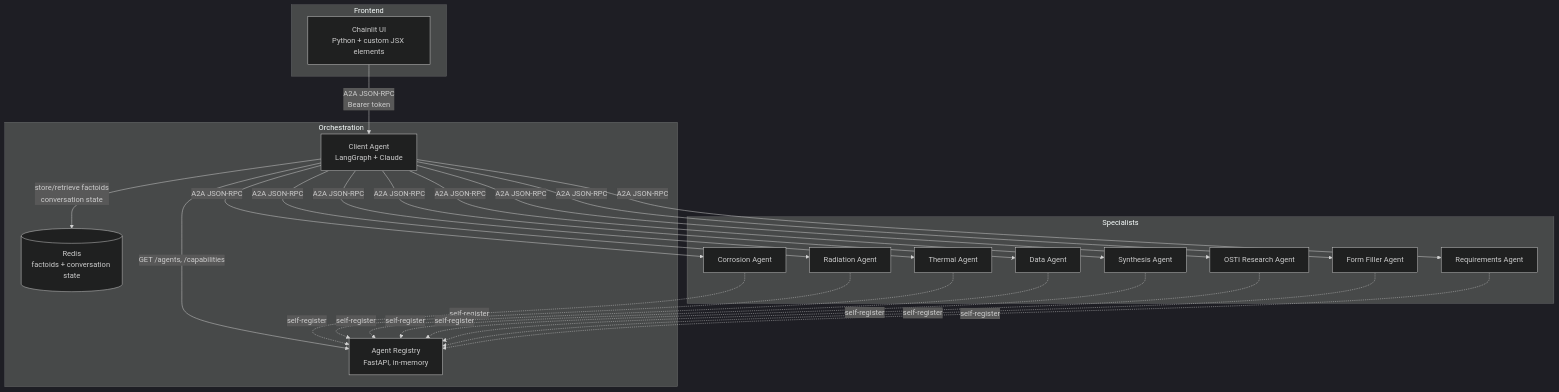
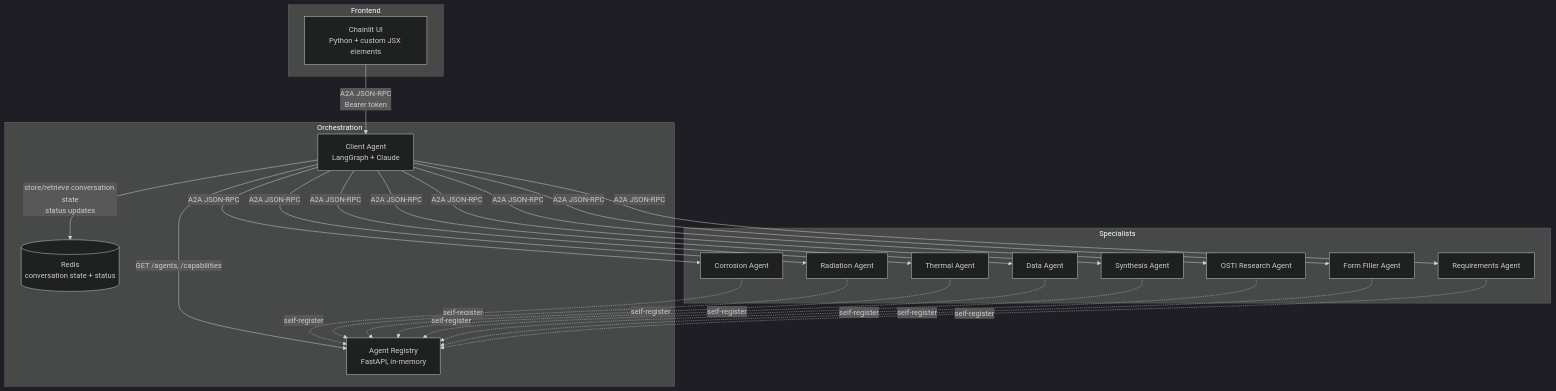
The first of 2 diagrams in docs/architecture.md (Jimmy-INL/prometheus_core), drawn with Mermaid (dark theme) before and after one commit. The commit also changed other lines of this file and 15 other files, not shown here.

````diff
--- a/docs/architecture.md
+++ b/docs/architecture.md
@@ -9,44 +9,44 @@
 ```mermaid
 graph TD
   subgraph Frontend
     CL[Chainlit UI<br/>Python + custom JSX elements]
   end
 
   subgraph Orchestration
     CA[Client Agent<br/>LangGraph + Claude]
     REG[Agent Registry<br/>FastAPI, in-memory]
-    RED[(Redis<br/>factoids + conversation state)]
+    RED[(Redis<br/>conversation state + status)]
   end
 
   subgraph Specialists
     CORR[Corrosion Agent]
     RAD[Radiation Agent]
     THERM[Thermal Agent]
     DATA[Data Agent]
     SYNTH[Synthesis Agent]
     OSTI[OSTI Research Agent]
     FF[Form Filler Agent]
     REQ[Requirements Agent]
   end
 
   CL -->|A2A JSON-RPC<br/>Bearer token| CA
   CA -->|GET /agents, /capabilities| REG
-  CA -->|store/retrieve factoids<br/>conversation state| RED
+  CA -->|store/retrieve conversation state<br/>status updates| RED
   CA -->|A2A JSON-RPC| CORR
   CA -->|A2A JSON-RPC| RAD
   CA -->|A2A JSON-RPC| THERM
   CA -->|A2A JSON-RPC| DATA
   CA -->|A2A JSON-RPC| SYNTH
   CA -->|A2A JSON-RPC| OSTI
   CA -->|A2A JSON-RPC| FF
   CA -->|A2A JSON-RPC| REQ
 
   CORR -.->|self-register| REG
   RAD -.->|self-register| REG
   THERM -.->|self-register| REG
   DATA -.->|self-register| REG
   SYNTH -.->|self-register| REG
   OSTI -.->|self-register| REG
   FF -.->|self-register| REG
   REQ -.->|self-register| REG
 ```
````
